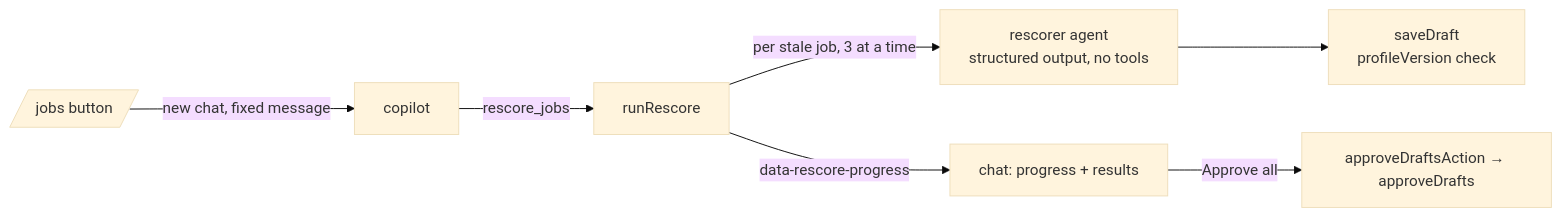
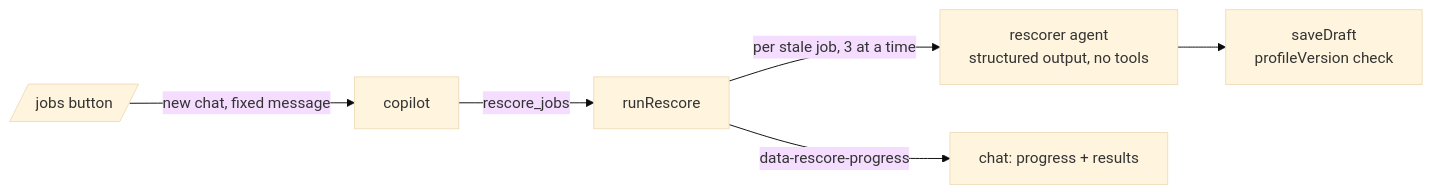
Before and after one commit to pppdns/job-agent-mastra: the diagram in apps/agent/src/rescore/AGENTS.md, drawn with Mermaid (base theme). The commit also changed other lines of this file and 9 other files, not shown here.

````diff
--- a/apps/agent/src/rescore/AGENTS.md
+++ b/apps/agent/src/rescore/AGENTS.md
@@ -5,9 +5,8 @@
 ```mermaid
 flowchart LR
   B[/jobs button/] -->|new chat, fixed message| C[copilot]
   C -->|rescore_jobs| R[runRescore]
   R -->|per stale job, 3 at a time| A[rescorer agent<br/>structured output, no tools]
   A --> D[saveDraft<br/>profileVersion check]
   R -->|data-rescore-progress| UI[chat: progress + results]
-  UI -->|Approve all| W[approveDraftsAction → approveDrafts]
 ```
````
